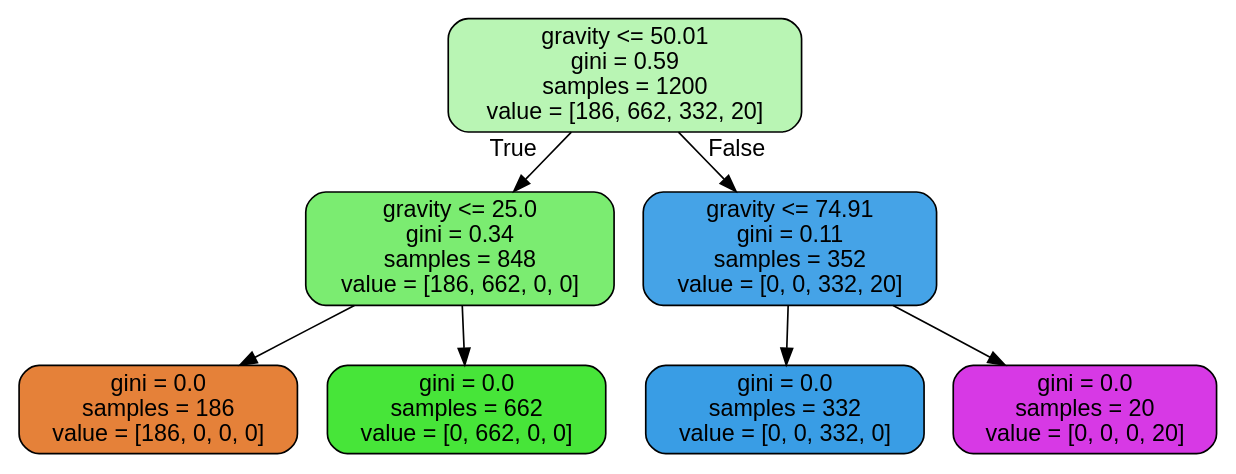
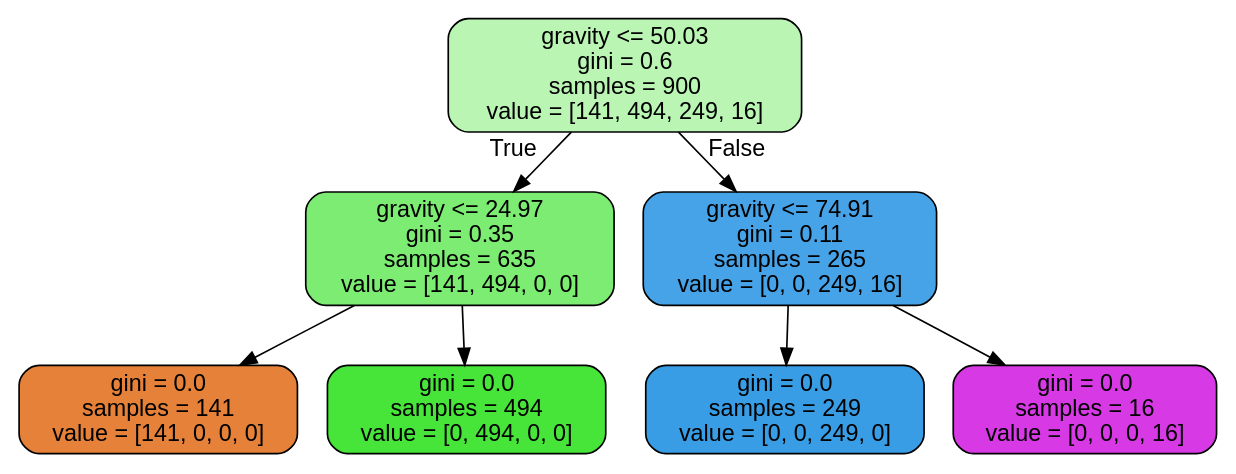
The diagram in Tree.dot (horakhy/life-saver-random-forest-and-artificial-neural-network), drawn with Graphviz before and after one commit. The commit also changed 5 other files, not shown here.

```diff
--- a/Tree.dot
+++ b/Tree.dot
@@ -1,17 +1,17 @@
 digraph Tree {
 node [shape=box, style="filled, rounded", color="black", fontname="helvetica"] ;
 edge [fontname="helvetica"] ;
-0 [label="gravity <= 50.01\ngini = 0.59\nsamples = 1200\nvalue = [186, 662, 332, 20]", fillcolor="#b9f5b4"] ;
-1 [label="gravity <= 25.0\ngini = 0.34\nsamples = 848\nvalue = [186, 662, 0, 0]", fillcolor="#7bec71"] ;
+0 [label="gravity <= 50.03\ngini = 0.6\nsamples = 900\nvalue = [141, 494, 249, 16]", fillcolor="#baf5b4"] ;
+1 [label="gravity <= 24.97\ngini = 0.35\nsamples = 635\nvalue = [141, 494, 0, 0]", fillcolor="#7cec72"] ;
 0 -> 1 [labeldistance=2.5, labelangle=45, headlabel="True"] ;
-2 [label="gini = 0.0\nsamples = 186\nvalue = [186, 0, 0, 0]", fillcolor="#e58139"] ;
+2 [label="gini = 0.0\nsamples = 141\nvalue = [141, 0, 0, 0]", fillcolor="#e58139"] ;
 1 -> 2 ;
-3 [label="gini = 0.0\nsamples = 662\nvalue = [0, 662, 0, 0]", fillcolor="#47e539"] ;
+3 [label="gini = 0.0\nsamples = 494\nvalue = [0, 494, 0, 0]", fillcolor="#47e539"] ;
 1 -> 3 ;
-4 [label="gravity <= 74.91\ngini = 0.11\nsamples = 352\nvalue = [0, 0, 332, 20]", fillcolor="#45a3e7"] ;
+4 [label="gravity <= 74.91\ngini = 0.11\nsamples = 265\nvalue = [0, 0, 249, 16]", fillcolor="#46a3e7"] ;
 0 -> 4 [labeldistance=2.5, labelangle=-45, headlabel="False"] ;
-5 [label="gini = 0.0\nsamples = 332\nvalue = [0, 0, 332, 0]", fillcolor="#399de5"] ;
+5 [label="gini = 0.0\nsamples = 249\nvalue = [0, 0, 249, 0]", fillcolor="#399de5"] ;
 4 -> 5 ;
-6 [label="gini = 0.0\nsamples = 20\nvalue = [0, 0, 0, 20]", fillcolor="#d739e5"] ;
+6 [label="gini = 0.0\nsamples = 16\nvalue = [0, 0, 0, 16]", fillcolor="#d739e5"] ;
 4 -> 6 ;
 }
```
